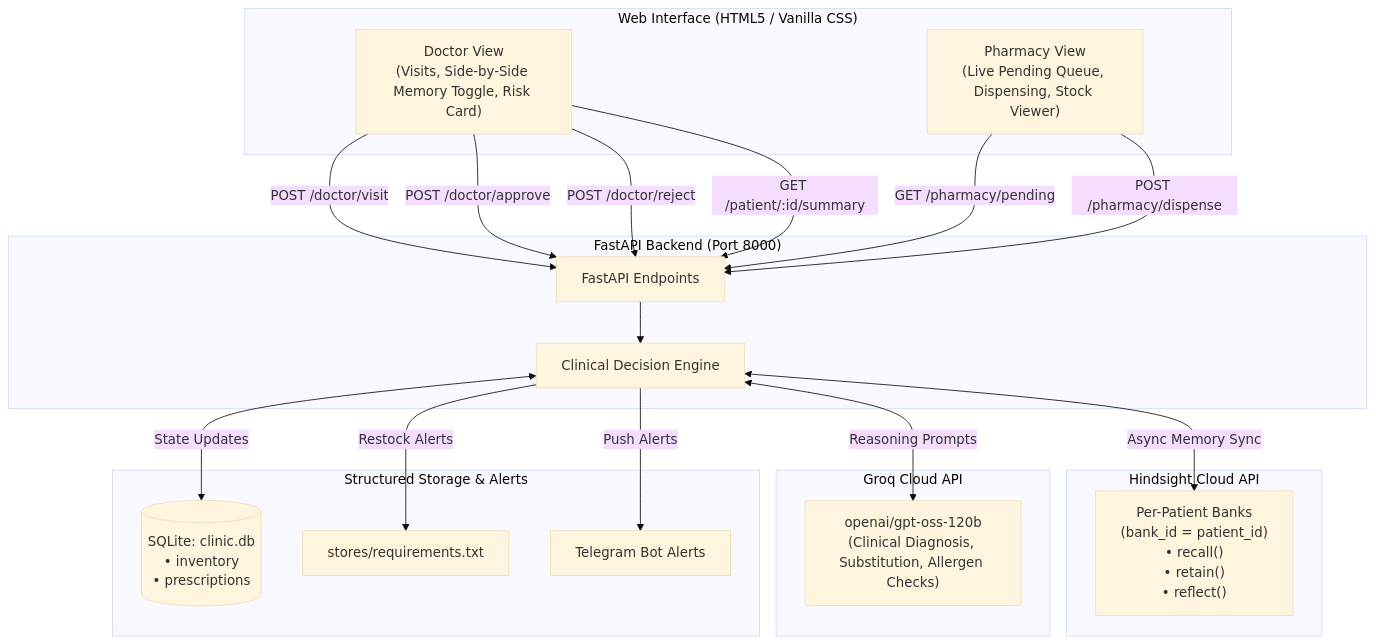
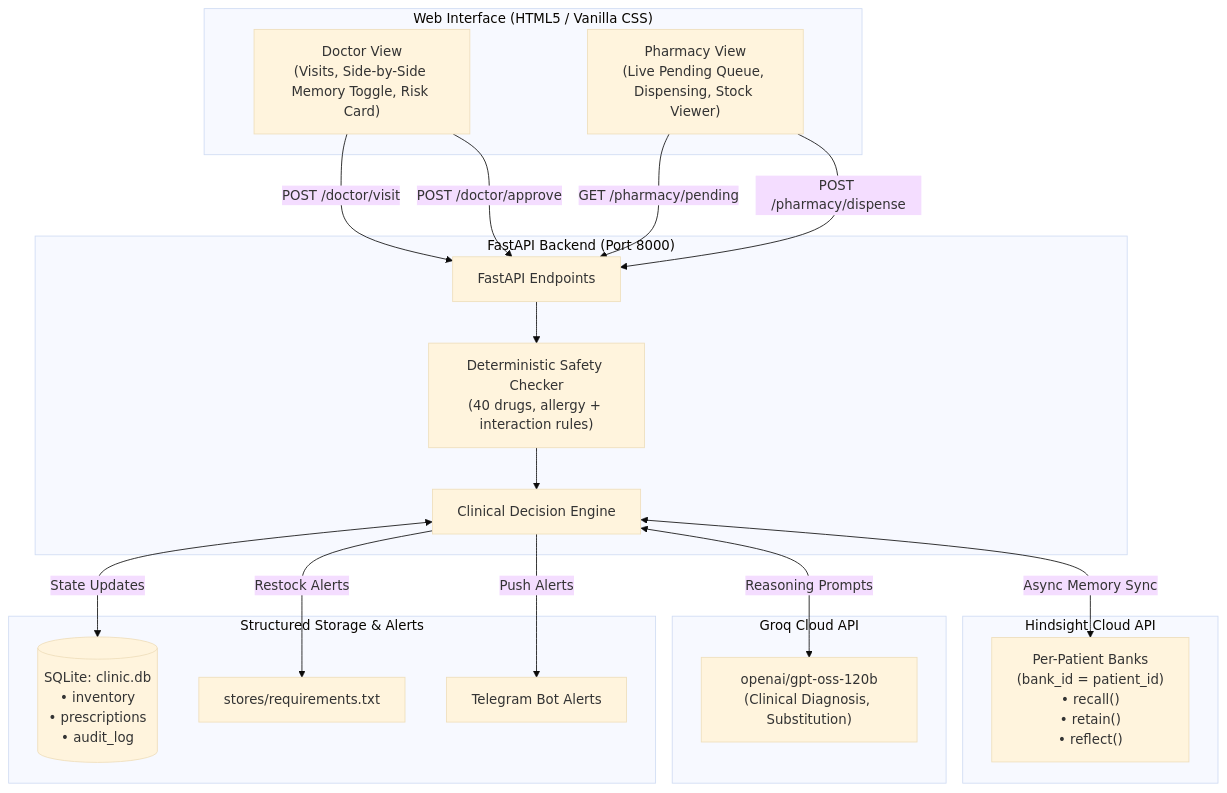
One commit to Pranavdeshmukhhh/family-clinic-memory-assistant changed the diagram in README.md. Above: the diagram before and after it, drawn with Mermaid (base theme). The commit also changed other lines of this file and 8 other files, not shown here.

````diff
--- a/README.md
+++ b/README.md
@@ -105,40 +161,40 @@
 ```mermaid
 graph TD
     subgraph UI["Web Interface (HTML5 / Vanilla CSS)"]
         D["Doctor View<br/>(Visits, Side-by-Side Memory Toggle, Risk Card)"]
         P["Pharmacy View<br/>(Live Pending Queue, Dispensing, Stock Viewer)"]
     end
 
     subgraph Backend["FastAPI Backend (Port 8000)"]
         API["FastAPI Endpoints"]
         Eng["Clinical Decision Engine"]
+        Safety["Deterministic Safety Checker<br/>(40 drugs, allergy + interaction rules)"]
     end
 
     subgraph Memory["Hindsight Cloud API"]
         H["Per-Patient Banks<br/>(bank_id = patient_id)<br/>• recall()<br/>• retain()<br/>• reflect()"]
     end
 
     subgraph LLM["Groq Cloud API"]
-        G["openai/gpt-oss-120b<br/>(Clinical Diagnosis, Substitution, Allergen Checks)"]
+        G["openai/gpt-oss-120b<br/>(Clinical Diagnosis, Substitution)"]
     end
 
     subgraph Storage["Structured Storage & Alerts"]
-        DB[("SQLite: clinic.db<br/>• inventory<br/>• prescriptions")]
+        DB[("SQLite: clinic.db<br/>• inventory<br/>• prescriptions<br/>• audit_log")]
         FS["stores/requirements.txt"]
         TG["Telegram Bot Alerts"]
     end
 
     D -->|POST /doctor/visit| API
     D -->|POST /doctor/approve| API
-    D -->|POST /doctor/reject| API
-    D -->|GET /patient/:id/summary| API
     P -->|GET /pharmacy/pending| API
     P -->|POST /pharmacy/dispense| API
 
-    API --> Eng
+    API --> Safety
+    Safety --> Eng
     Eng <-->|Async Memory Sync| H
     Eng <-->|Reasoning Prompts| G
     Eng <-->|State Updates| DB
     Eng -->|Restock Alerts| FS
     Eng -->|Push Alerts| TG
 ```
````
